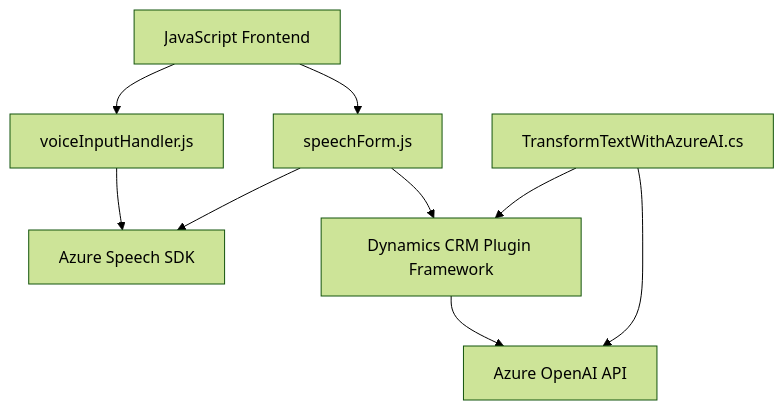
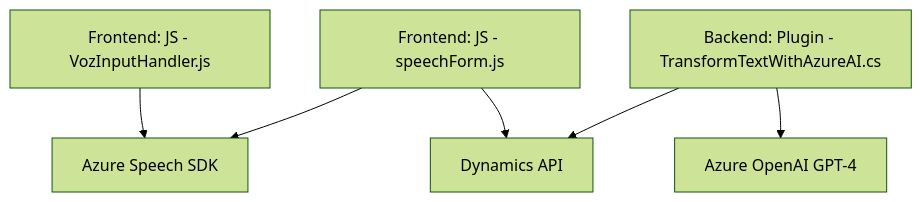
The diagram in README.md (blopezdm/NETCORE_BILBAO2025), drawn with Mermaid (forest theme) before and after one commit. The commit also changed other lines of this file, not shown here.

````diff
--- a/README.md
+++ b/README.md
@@ -51,19 +64,14 @@
 ```mermaid
 graph TD
-    A["JavaScript Frontend"]
-    B["voiceInputHandler.js"]
-    C["speechForm.js"]
-    D["TransformTextWithAzureAI.cs"]
-    E["Azure Speech SDK"]
-    F["Azure OpenAI API"]
-    G["Dynamics CRM Plugin Framework"]
-
-    A --> B
-    A --> C
+    A["Frontend: JS - VozInputHandler.js"]
+    B["Frontend: JS - speechForm.js"]
+    C["Backend: Plugin - TransformTextWithAzureAI.cs"]
+    D["Azure Speech SDK"]
+    E["Dynamics API"]
+    F["Azure OpenAI GPT-4"]
+    A --> D
+    B --> D
+    B --> E
     C --> E
-    B --> E
-    D --> F
-    D --> G
-    C --> G
-    G --> F
+    C --> F
 ```
````
